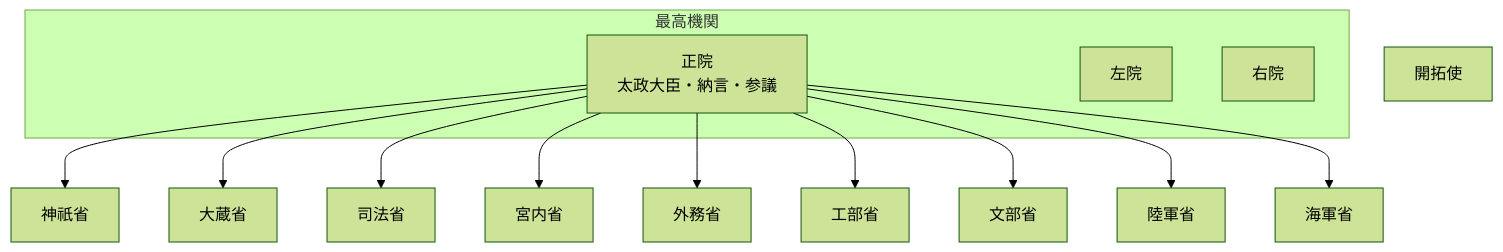
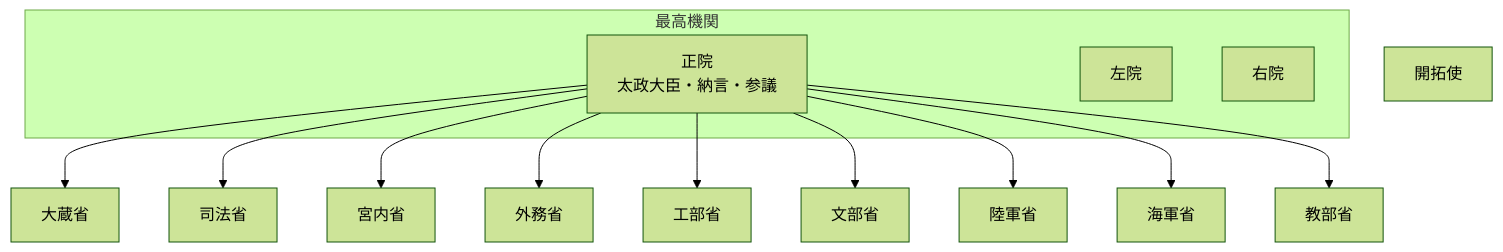
One commit to tatemaru/jp-admin-org-chart changed the diagram in README.md. Above: the diagram before and after it, drawn with Mermaid (forest theme). The commit also changed other lines of this file, not shown here.

Commit message:
feat(教部省): 神祇省を廃し教部省を設置
根拠: 官制
施行: 1872-04-21（明治5年3月14日）
出典: JACAR history1

種別: 改組
備考: Git日付制約のため AuthorDate/CommitDate は 1970-01-02

````diff
--- a/README.md
+++ b/README.md
@@ -9,28 +9,28 @@
 ```mermaid
 flowchart TB
   subgraph top["最高機関"]
     Sei["正院
 太政大臣・納言・参議"]
     Sa["左院"]
     U["右院"]
   end
-  JingiSho["神祇省"]
-  Sei --> JingiSho
   Okura["大蔵省"]
   Sei --> Okura
   Shiho["司法省"]
   Sei --> Shiho
   Kunai["宮内省"]
   Sei --> Kunai
   Gaimu["外務省"]
   Sei --> Gaimu
   Kobu["工部省"]
   Sei --> Kobu
   Mombu["文部省"]
   Sei --> Mombu
   Rikugun["陸軍省"]
   Sei --> Rikugun
   Kaigun["海軍省"]
   Sei --> Kaigun
+  Kyobu["教部省"]
+  Sei --> Kyobu
   Kaitaku["開拓使"]
 ```
````
